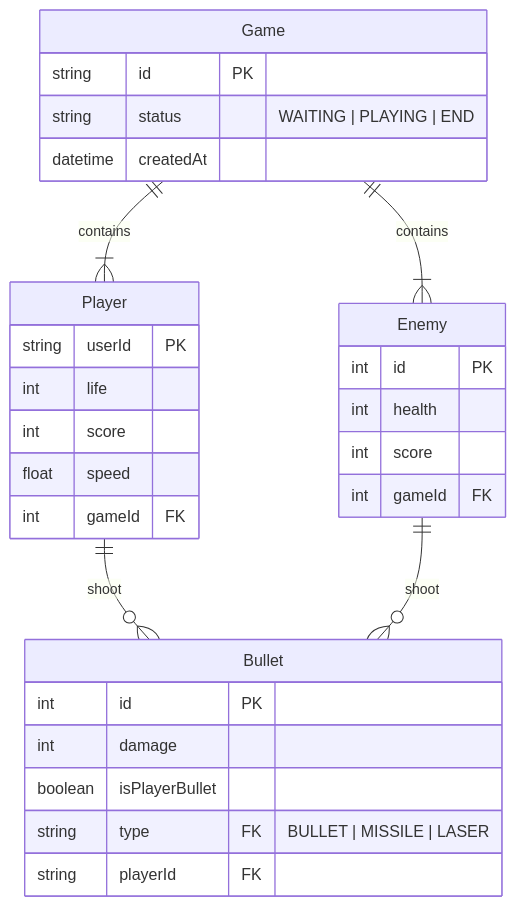
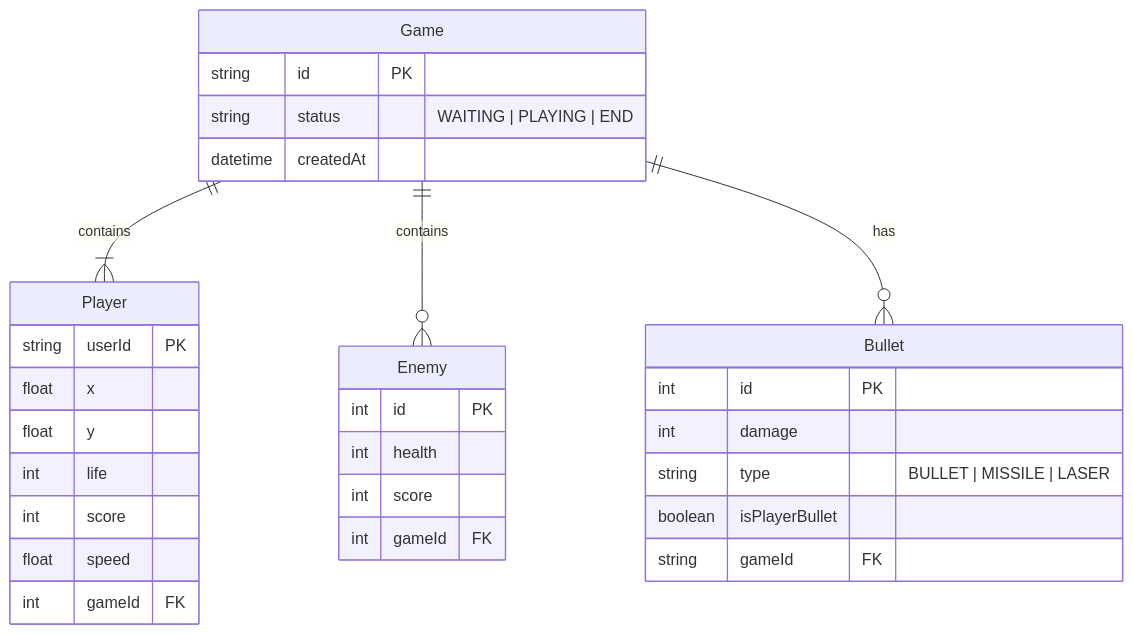
The diagram in README.md (kervint1/gradius), drawn with Mermaid before and after one commit. The commit also changed 12 other files, not shown here.

````diff
--- a/README.md
+++ b/README.md
@@ -7,33 +7,34 @@
 ```mermaid
 erDiagram
     Game {
         string id PK
         string status "WAITING | PLAYING | END"
         datetime createdAt
     }
     Player {
         string userId PK
+        float x
+        float y
         int life
         int score
         float speed
         int gameId FK
     }
     Bullet {
         int id PK
         int damage
+        string type "BULLET | MISSILE | LASER"
         boolean isPlayerBullet
-        string type FK "BULLET | MISSILE | LASER"
-        string playerId FK
+        string gameId FK
     }
     Enemy {
         int id PK
         int health
         int score
         int gameId FK
     }
 
     Game ||--|{ Player : "contains"
-    Game ||--|{ Enemy: "contains"
-    Player ||--o{ Bullet: "shoot"
-    Enemy ||--o{ Bullet: "shoot"
+    Game ||--o{ Enemy: "contains"
+    Game ||--o{ Bullet: "has"
 ```
````
